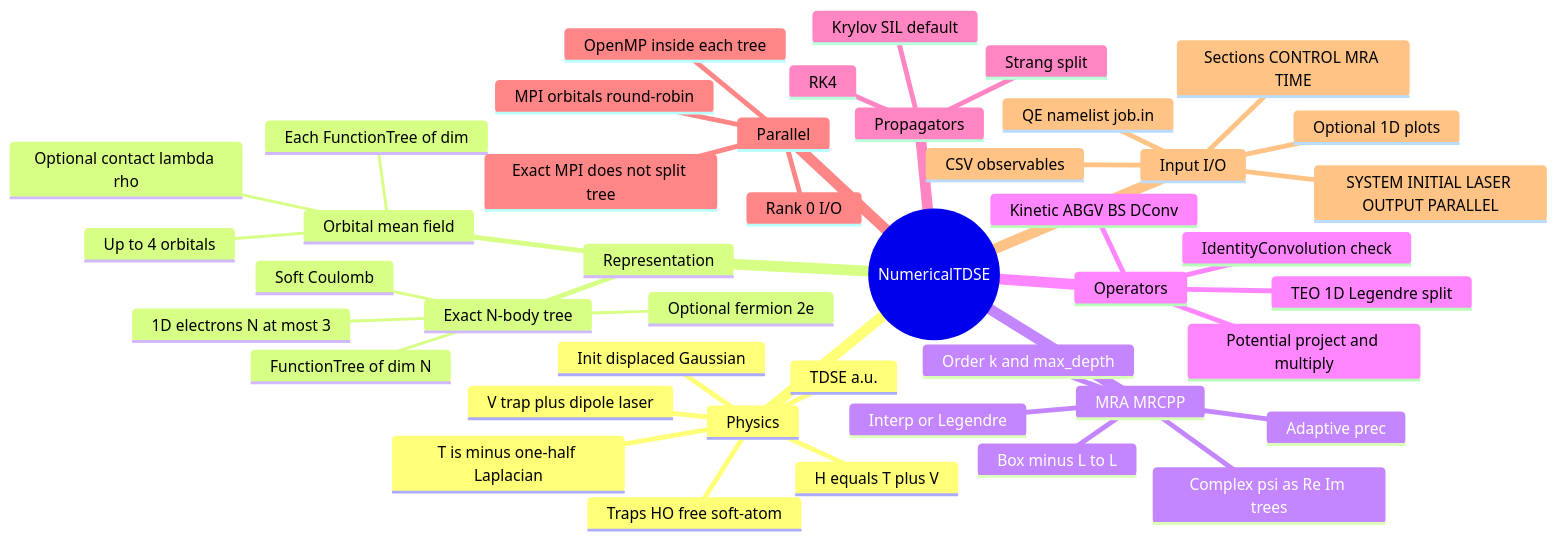
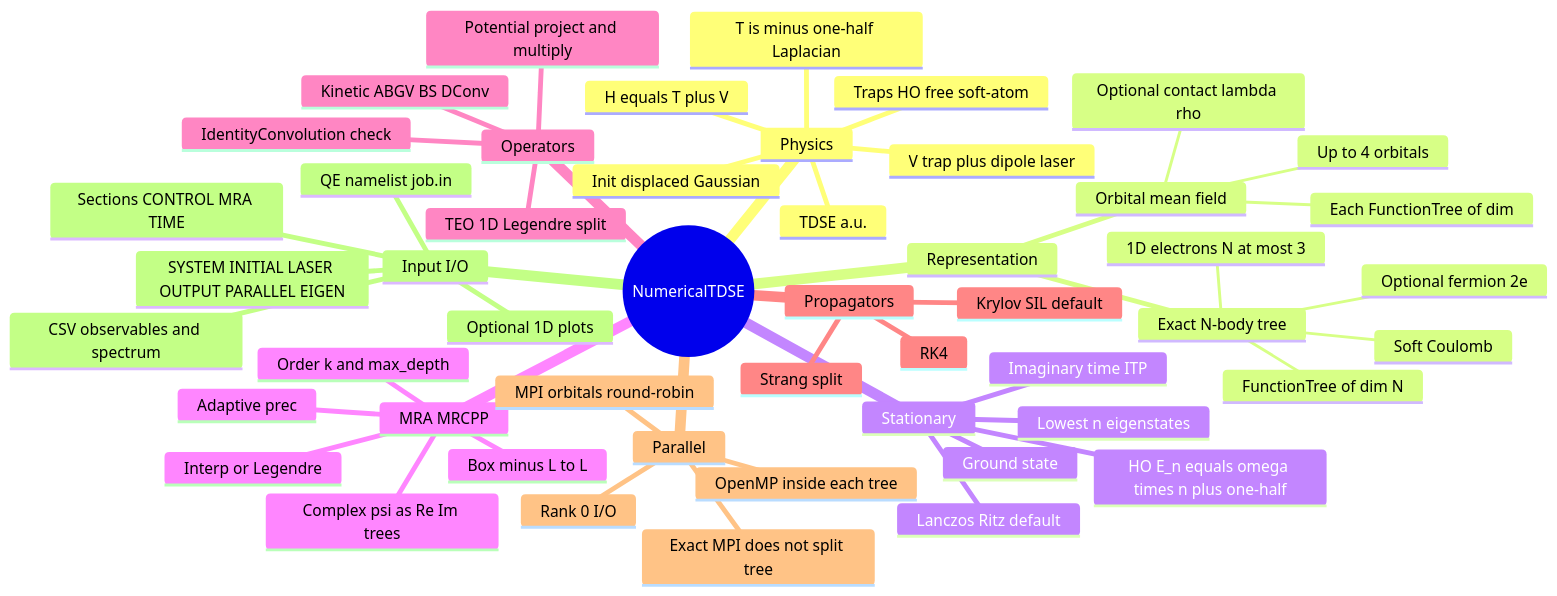
Before and after one commit to kluonju/NumericalTDSE: the first of 2 diagrams in README.md, drawn with Mermaid. The commit also changed other lines of this file and 27 other files, not shown here.

First line of the commit message:
Add ground-state and lowest-eigenstate solvers (Lanczos + ITP)

````diff
--- a/README.md
+++ b/README.md
@@ -16,47 +16,53 @@
 ```mermaid
 mindmap
   root((NumericalTDSE))
     Physics
       TDSE a.u.
       H equals T plus V
       T is minus one-half Laplacian
       V trap plus dipole laser
       Traps HO free soft-atom
       Init displaced Gaussian
     Representation
       Exact N-body tree
         1D electrons N at most 3
         FunctionTree of dim N
         Soft Coulomb
         Optional fermion 2e
       Orbital mean field
         Up to 4 orbitals
         Each FunctionTree of dim
         Optional contact lambda rho
+    Stationary
+      Ground state
+      Lowest n eigenstates
+      Lanczos Ritz default
+      Imaginary time ITP
+      HO E_n equals omega times n plus one-half
     MRA MRCPP
       Box minus L to L
       Order k and max_depth
       Adaptive prec
       Interp or Legendre
       Complex psi as Re Im trees
     Operators
       Kinetic ABGV BS DConv
       Potential project and multiply
       IdentityConvolution check
       TEO 1D Legendre split
     Propagators
       Krylov SIL default
       Strang split
       RK4
     Parallel
       OpenMP inside each tree
       MPI orbitals round-robin
       Rank 0 I/O
       Exact MPI does not split tree
     Input I/O
       QE namelist job.in
       Sections CONTROL MRA TIME
-      SYSTEM INITIAL LASER OUTPUT PARALLEL
-      CSV observables
+      SYSTEM INITIAL LASER OUTPUT PARALLEL EIGEN
+      CSV observables and spectrum
       Optional 1D plots
 ```
````
